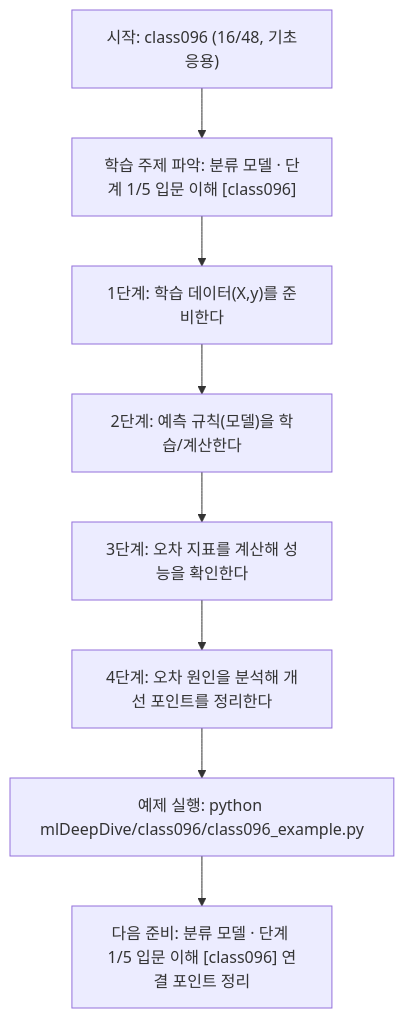
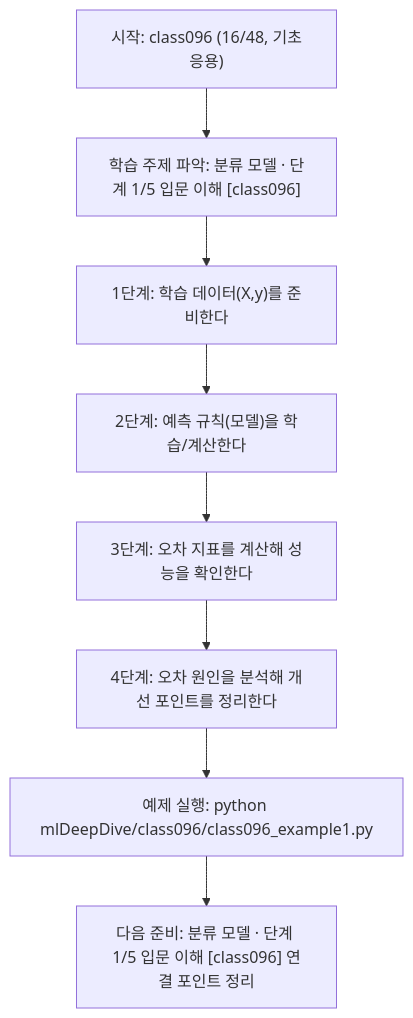
Before and after one commit to edumgt/Python-AI_Agent-Class: the diagram in mlDeepDive/class096/class096.md, drawn with Mermaid. The commit also changed other lines of this file and 2959 other files, not shown here.

````diff
--- a/mlDeepDive/class096/class096.md
+++ b/mlDeepDive/class096/class096.md
@@ -109,18 +109,18 @@
 ```mermaid
 flowchart TD
 N1["시작: class096 (16/48, 기초응용)"]
 N2["학습 주제 파악: 분류 모델 · 단계 1/5 입문 이해 [class096]"]
 N3["1단계: 학습 데이터(X,y)를 준비한다"]
 N4["2단계: 예측 규칙(모델)을 학습/계산한다"]
 N5["3단계: 오차 지표를 계산해 성능을 확인한다"]
 N6["4단계: 오차 원인을 분석해 개선 포인트를 정리한다"]
-N7["예제 실행: python mlDeepDive/class096/class096_example.py"]
+N7["예제 실행: python mlDeepDive/class096/class096_example1.py"]
 N8["다음 준비: 분류 모델 · 단계 1/5 입문 이해 [class096] 연결 포인트 정리"]
 N1 --> N2
 N2 --> N3
 N3 --> N4
 N4 --> N5
 N5 --> N6
 N6 --> N7
 N7 --> N8
 ```
````
